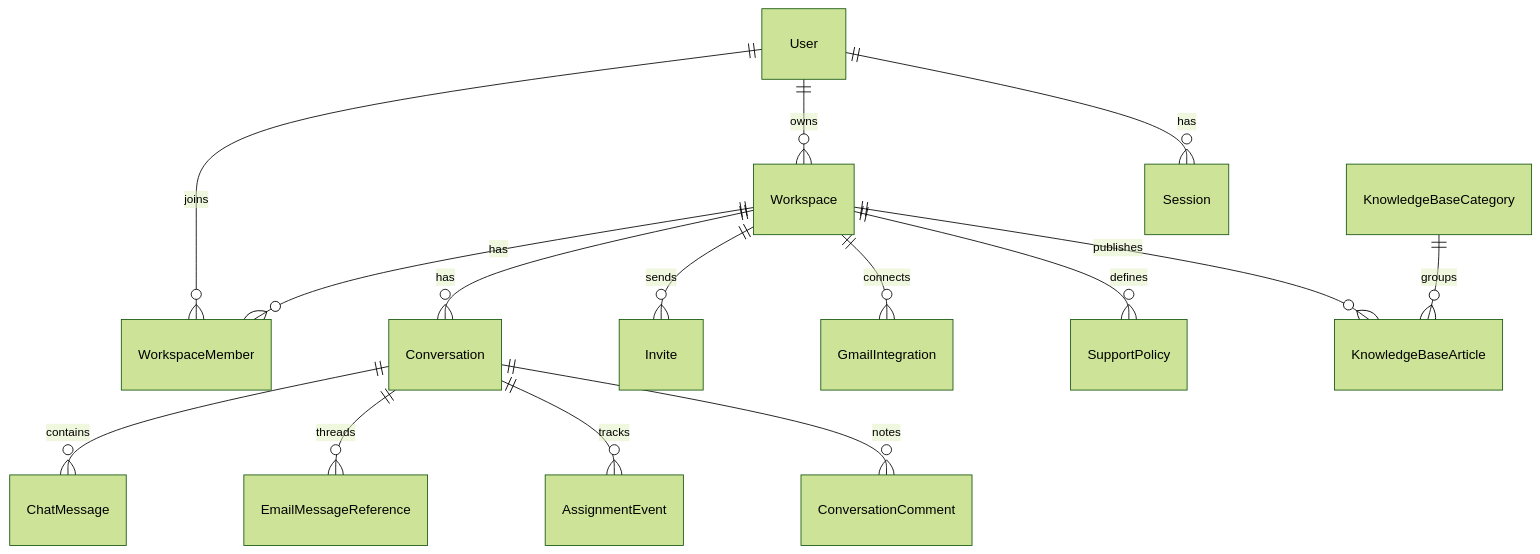
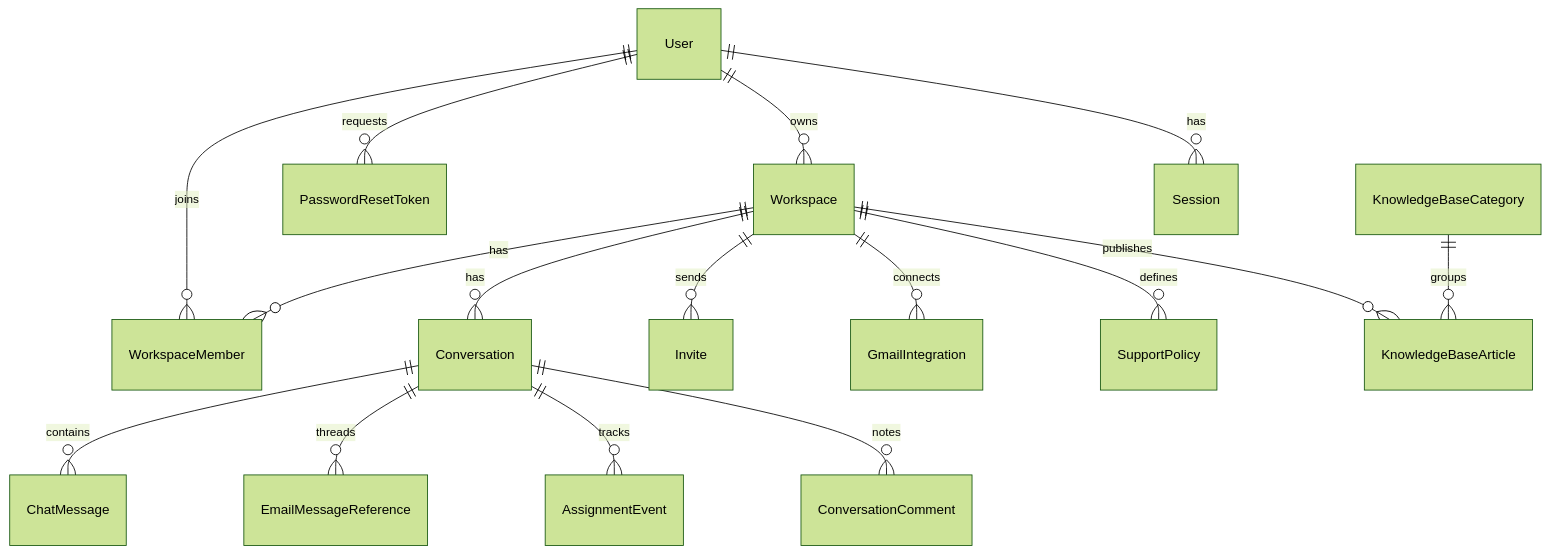
Before and after one commit to swaritpatel/CustomerCommunicationPortal: the ninth of 12 diagrams in README.md, drawn with Mermaid (forest theme). The commit also changed other lines of this file, not shown here.

````diff
--- a/README.md
+++ b/README.md
@@ -470,17 +510,18 @@
 ```mermaid
 erDiagram
   User ||--o{ WorkspaceMember : joins
   User ||--o{ Workspace : owns
   Workspace ||--o{ WorkspaceMember : has
+  User ||--o{ PasswordResetToken : requests
   Workspace ||--o{ Conversation : has
   Workspace ||--o{ Invite : sends
   Workspace ||--o{ GmailIntegration : connects
   Conversation ||--o{ ChatMessage : contains
   Conversation ||--o{ EmailMessageReference : threads
   Conversation ||--o{ AssignmentEvent : tracks
   Conversation ||--o{ ConversationComment : notes
   Workspace ||--o{ SupportPolicy : defines
   Workspace ||--o{ KnowledgeBaseArticle : publishes
   KnowledgeBaseCategory ||--o{ KnowledgeBaseArticle : groups
   User ||--o{ Session : has
 ```
````
